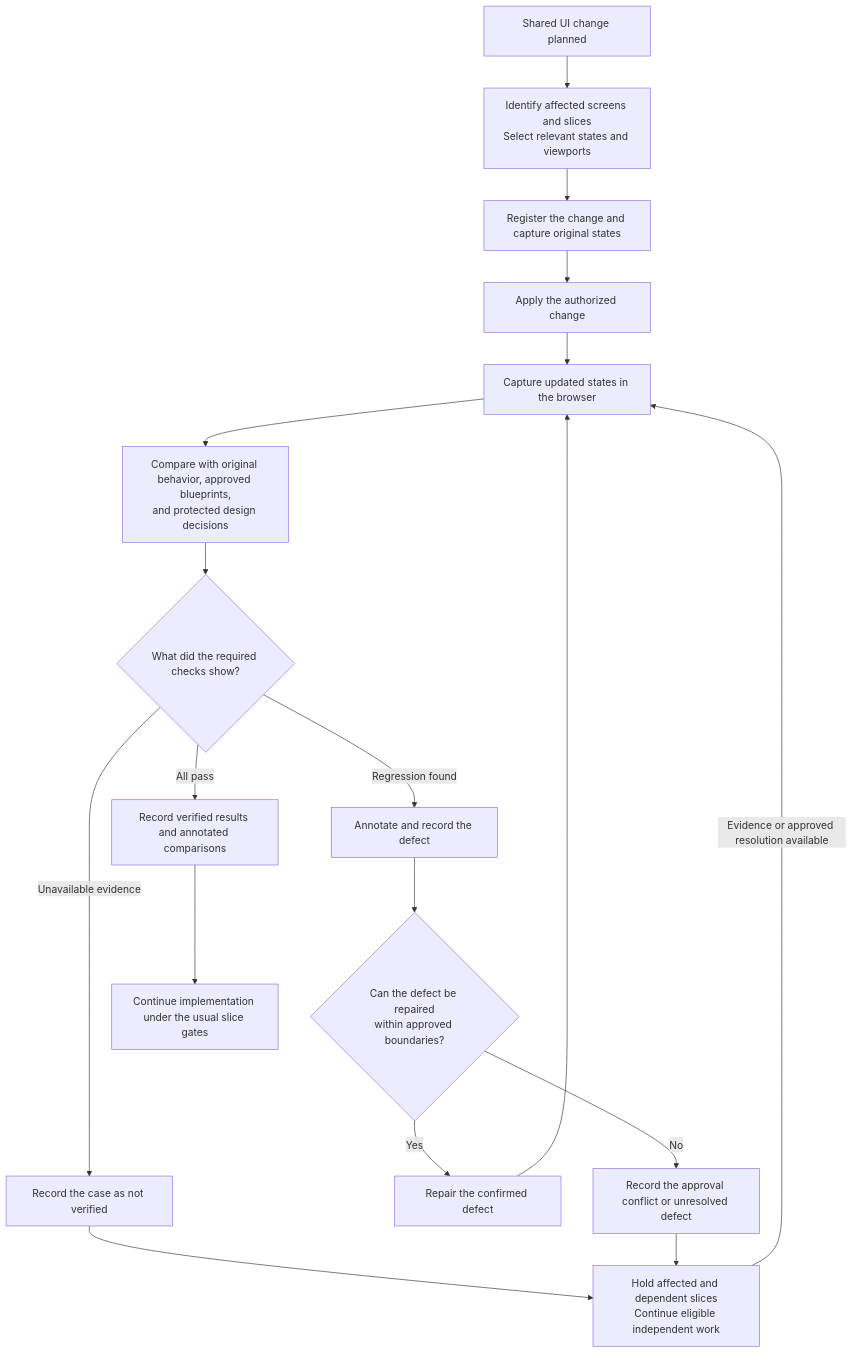
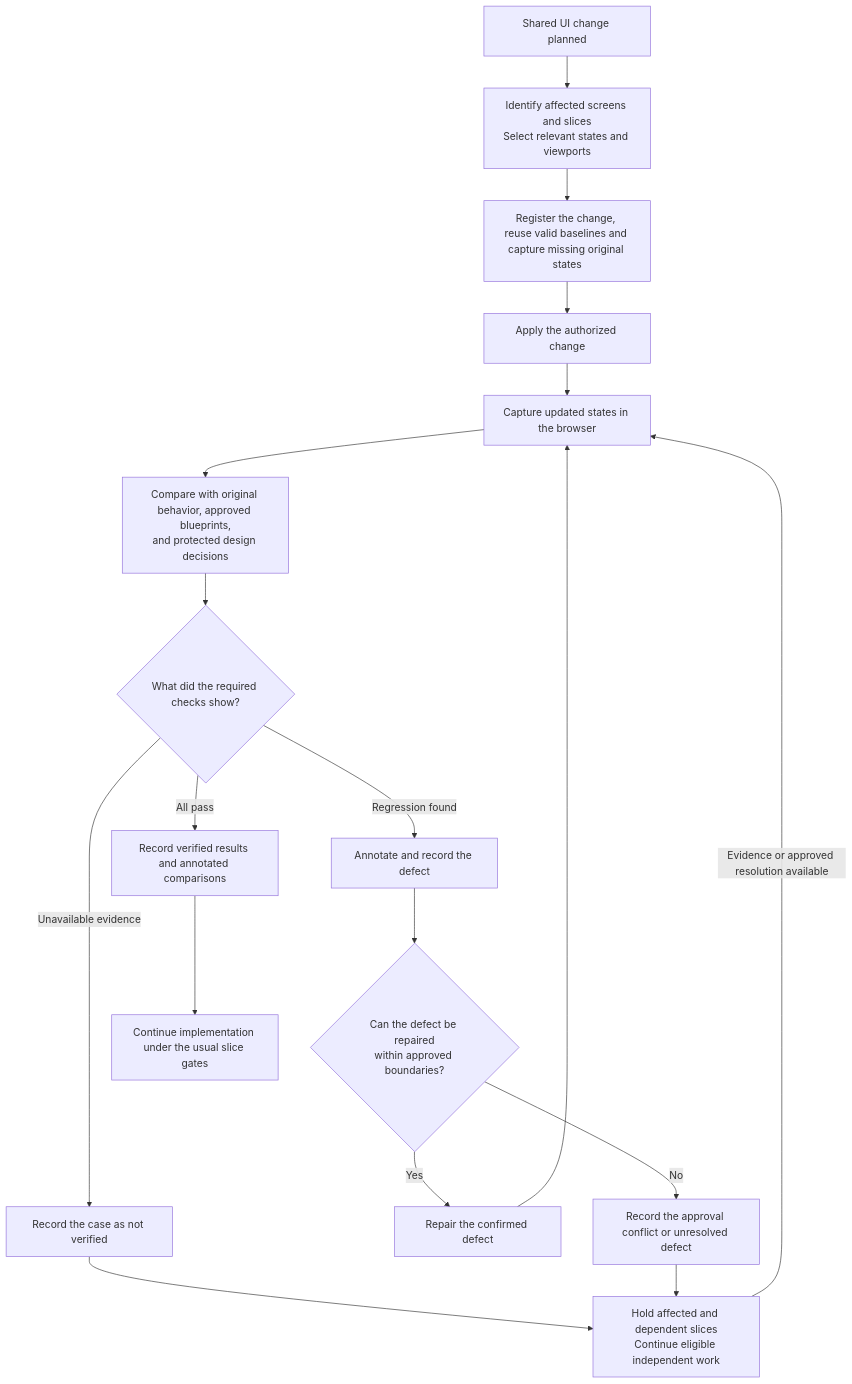
Before and after one commit to keitamoustapha913/prototype-to-production: the diagram in references/cross-screen-regression.md, drawn with Mermaid. The commit also changed other lines of this file and 20 other files, not shown here.

First line of the commit message:
[feat][workflow] Preserve original visual baselines across sessions

````diff
--- a/references/cross-screen-regression.md
+++ b/references/cross-screen-regression.md
@@ -7,20 +7,20 @@
 ```mermaid
 flowchart TD
     Start["Shared UI change planned"] --> Scope["Identify affected screens and slices<br/>Select relevant states and viewports"]
-    Scope --> Before["Register the change and capture original states"]
+    Scope --> Before["Register the change, reuse valid baselines and capture missing original states"]
     Before --> Edit["Apply the authorized change"]
     Edit --> After["Capture updated states in the browser"]
     After --> Compare["Compare with original behavior, approved blueprints,<br/>and protected design decisions"]
     Compare --> Results{"What did the required checks show?"}
     Results -->|All pass| Verified["Record verified results and annotated comparisons"]
     Results -->|Unavailable evidence| Missing["Record the case as not verified"]
     Results -->|Regression found| Finding["Annotate and record the defect"]
     Finding --> Repairable{"Can the defect be repaired<br/>within approved boundaries?"}
     Repairable -->|Yes| Repair["Repair the confirmed defect"]
     Repair --> After
     Repairable -->|No| Conflict["Record the approval conflict or unresolved defect"]
     Missing --> Hold["Hold affected and dependent slices<br/>Continue eligible independent work"]
     Conflict --> Hold
     Hold -->|Evidence or approved resolution available| After
     Verified --> Continue["Continue implementation under the usual slice gates"]
 ```
````
